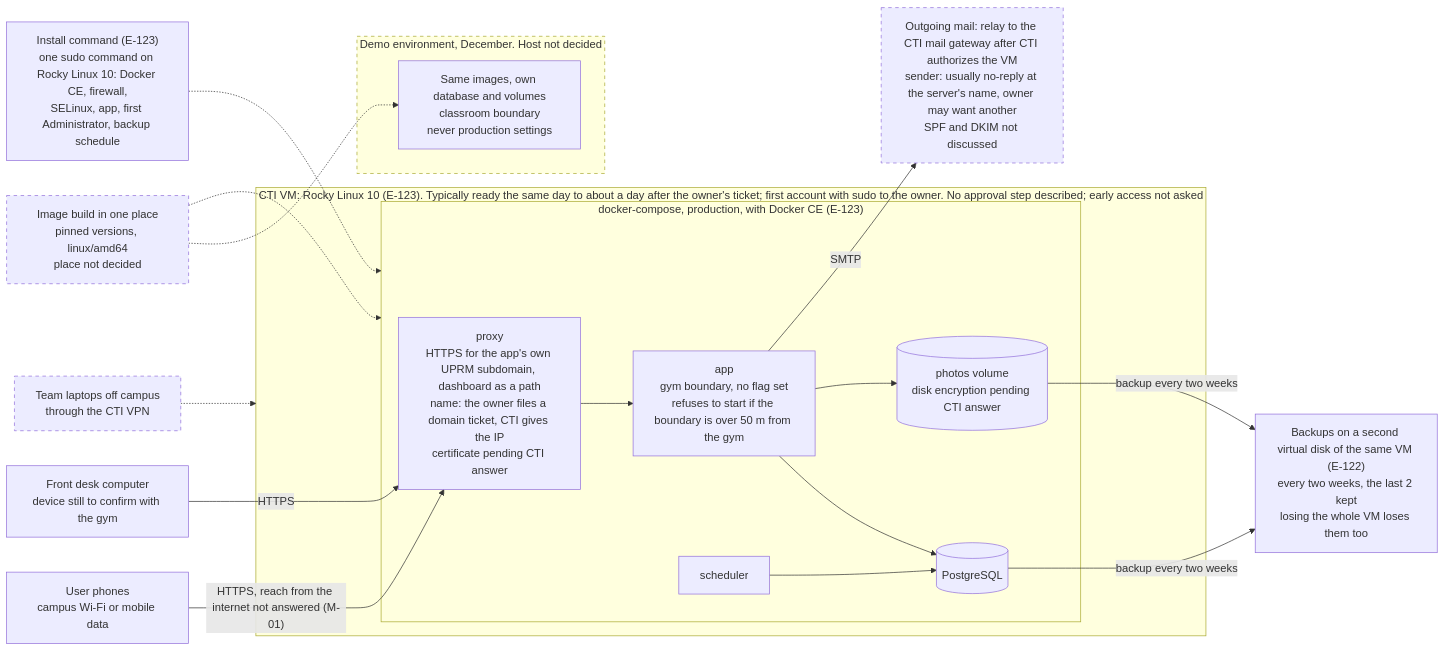
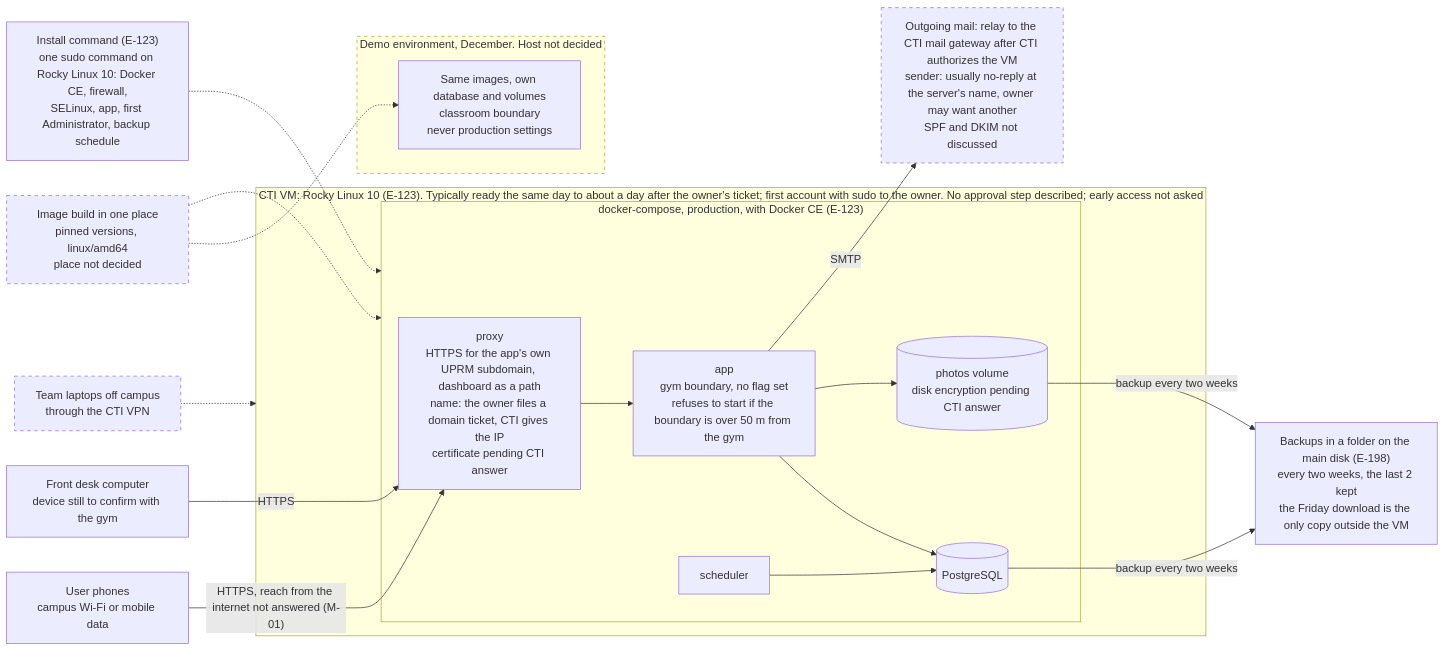
One commit to Th3-Minorities/natatorio-gym-app changed the fourth of 5 diagrams in docs/design/architecture.md. Above: the diagram before and after it, drawn with Mermaid. The commit also changed other lines of this file and 7 other files, not shown here.

````diff
--- a/docs/design/architecture.md
+++ b/docs/design/architecture.md
@@ -174,42 +174,42 @@
 ```mermaid
 flowchart LR
   PHN["User phones<br/>campus Wi-Fi or mobile data"]
   DESK["Front desk computer<br/>device still to confirm with the gym"]
   BUILD["Image build in one place<br/>pinned versions, linux/amd64<br/>place not decided"]
   LAP["Team laptops off campus<br/>through the CTI VPN"]
   INST["Install command (E-123)<br/>one sudo command on Rocky Linux 10: Docker CE, firewall,<br/>SELinux, app, first Administrator, backup schedule"]
 
   subgraph VM["CTI VM: Rocky Linux 10 (E-123). Typically ready the same day to about a day after the owner's ticket; first account with sudo to the owner. No approval step described; early access not asked"]
     subgraph PROD["docker-compose, production, with Docker CE (E-123)"]
       PX2["proxy<br/>HTTPS for the app's own UPRM subdomain, dashboard as a path<br/>name: the owner files a domain ticket, CTI gives the IP<br/>certificate pending CTI answer"]
       APP2["app<br/>gym boundary, no flag set<br/>refuses to start if the boundary is over 50 m from the gym"]
       SCH2["scheduler"]
       DB2[("PostgreSQL")]
       PV2[("photos volume<br/>disk encryption pending CTI answer")]
     end
   end
 
   subgraph DEMO["Demo environment, December. Host not decided"]
     DEMOAPP["Same images, own database and volumes<br/>classroom boundary<br/>never production settings"]
   end
 
   SMTP["Outgoing mail: relay to the CTI mail gateway after CTI authorizes the VM<br/>sender: usually no-reply at the server's name, owner may want another<br/>SPF and DKIM not discussed"]
-  BK2["Backups on a second virtual disk of the same VM (E-122)<br/>every two weeks, the last 2 kept<br/>losing the whole VM loses them too"]
+  BK2["Backups in a folder on the main disk (E-198)<br/>every two weeks, the last 2 kept<br/>the Friday download is the only copy outside the VM"]
 
   PHN -->|"HTTPS, reach from the internet not answered (M-01)"| PX2
   DESK -->|"HTTPS"| PX2
   PX2 --> APP2
   APP2 --> DB2
   APP2 --> PV2
   SCH2 --> DB2
   APP2 -->|"SMTP"| SMTP
   DB2 -->|"backup every two weeks"| BK2
   PV2 -->|"backup every two weeks"| BK2
   BUILD -.-> PROD
   BUILD -.-> DEMOAPP
   LAP -.-> VM
   INST -.-> PROD
 
   classDef pending stroke-dasharray: 5 5
   class SMTP,BUILD,DEMO,LAP pending
 ```
````
